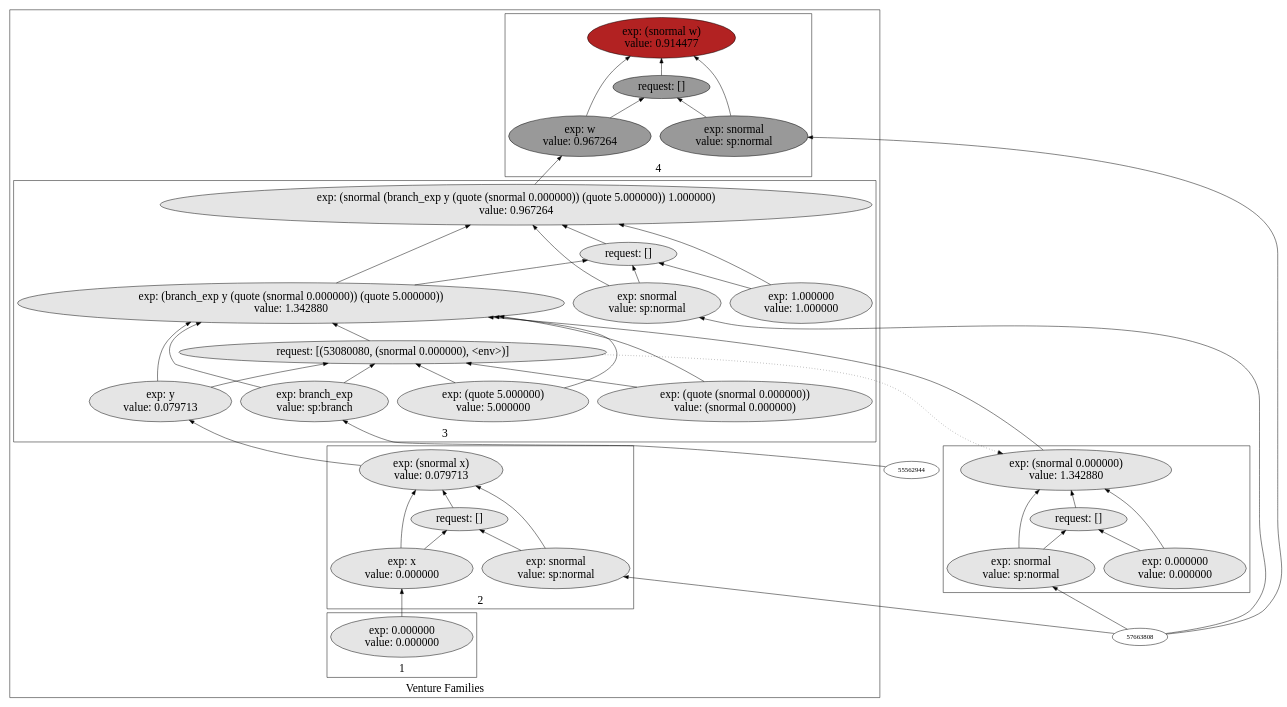
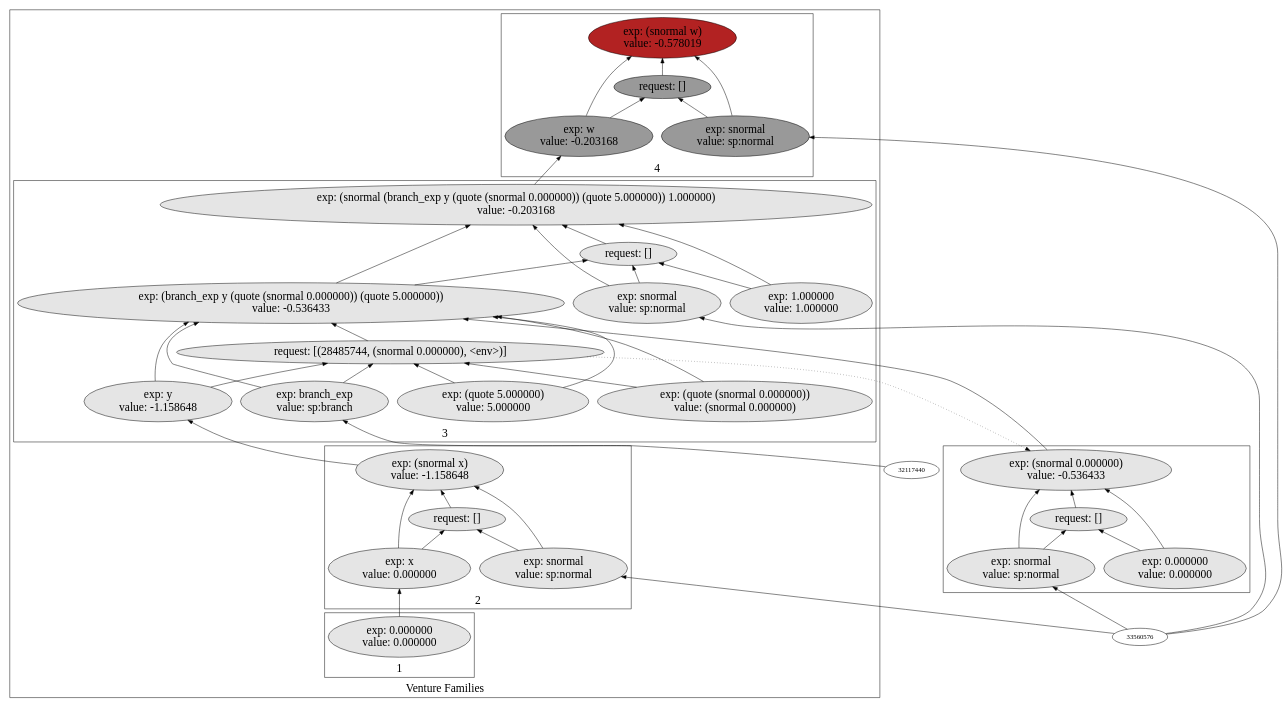
Before and after one commit to probcomp/Venturecxx: the diagram in backend/cxx/pdf_graphs/partition/dot9.dot, drawn with Graphviz. The commit also changed 303 other files, not shown here.

Commit message:
Added a script to generate schematics

```diff
--- a/backend/cxx/pdf_graphs/partition/dot9.dot
+++ b/backend/cxx/pdf_graphs/partition/dot9.dot
@@ -5,89 +5,89 @@
 label="Venture Families"
 subgraph cluster2 {
 label="1"
-"49603280"["fillcolor"="grey90" "fontsize"="24" "label"="exp: 0.000000\nvalue: 0.000000" "shape"="ellipse" "style"="filled" ]
+"29359040"["fillcolor"="grey90" "fontsize"="24" "label"="exp: 0.000000\nvalue: 0.000000" "shape"="ellipse" "style"="filled" ]
 }
 
 subgraph cluster3 {
 label="2"
-"49578432"["fillcolor"="grey90" "fontsize"="24" "label"="exp: (snormal x)\nvalue: 0.079713" "shape"="ellipse" "style"="filled" ]
-"49548896"["fillcolor"="grey90" "fontsize"="24" "label"="request: []" "shape"="ellipse" "style"="filled" ]
-"57660304"["fillcolor"="grey90" "fontsize"="24" "label"="exp: snormal\nvalue: sp:normal" "shape"="ellipse" "style"="filled" ]
-"52681840"["fillcolor"="grey90" "fontsize"="24" "label"="exp: x\nvalue: 0.000000" "shape"="ellipse" "style"="filled" ]
+"30136448"["fillcolor"="grey90" "fontsize"="24" "label"="exp: (snormal x)\nvalue: -1.158648" "shape"="ellipse" "style"="filled" ]
+"30137280"["fillcolor"="grey90" "fontsize"="24" "label"="request: []" "shape"="ellipse" "style"="filled" ]
+"31805840"["fillcolor"="grey90" "fontsize"="24" "label"="exp: snormal\nvalue: sp:normal" "shape"="ellipse" "style"="filled" ]
+"25977504"["fillcolor"="grey90" "fontsize"="24" "label"="exp: x\nvalue: 0.000000" "shape"="ellipse" "style"="filled" ]
 }
 
 subgraph cluster4 {
 label="3"
-"52397680"["fillcolor"="grey90" "fontsize"="24" "label"="exp: (snormal (branch_exp y (quote (snormal 0.000000)) (quote 5.000000)) 1.000000)\nvalue: 0.967264" "shape"="ellipse" "style"="filled" ]
-"50247536"["fillcolor"="grey90" "fontsize"="24" "label"="request: []" "shape"="ellipse" "style"="filled" ]
-"53333456"["fillcolor"="grey90" "fontsize"="24" "label"="exp: snormal\nvalue: sp:normal" "shape"="ellipse" "style"="filled" ]
-"53215552"["fillcolor"="grey90" "fontsize"="24" "label"="exp: (branch_exp y (quote (snormal 0.000000)) (quote 5.000000))\nvalue: 1.342880" "shape"="ellipse" "style"="filled" ]
-"53080080"["fillcolor"="grey90" "fontsize"="24" "label"="request: [(53080080, (snormal 0.000000), <env>)]" "shape"="ellipse" "style"="filled" ]
-"57253040"["fillcolor"="grey90" "fontsize"="24" "label"="exp: branch_exp\nvalue: sp:branch" "shape"="ellipse" "style"="filled" ]
-"48783584"["fillcolor"="grey90" "fontsize"="24" "label"="exp: y\nvalue: 0.079713" "shape"="ellipse" "style"="filled" ]
-"50481568"["fillcolor"="grey90" "fontsize"="24" "label"="exp: (quote (snormal 0.000000))\nvalue: (snormal 0.000000)" "shape"="ellipse" "style"="filled" ]
-"53080768"["fillcolor"="grey90" "fontsize"="24" "label"="exp: (quote 5.000000)\nvalue: 5.000000" "shape"="ellipse" "style"="filled" ]
-"55107072"["fillcolor"="grey90" "fontsize"="24" "label"="exp: 1.000000\nvalue: 1.000000" "shape"="ellipse" "style"="filled" ]
+"26620336"["fillcolor"="grey90" "fontsize"="24" "label"="exp: (snormal (branch_exp y (quote (snormal 0.000000)) (quote 5.000000)) 1.000000)\nvalue: -0.203168" "shape"="ellipse" "style"="filled" ]
+"29399760"["fillcolor"="grey90" "fontsize"="24" "label"="request: []" "shape"="ellipse" "style"="filled" ]
+"26830576"["fillcolor"="grey90" "fontsize"="24" "label"="exp: snormal\nvalue: sp:normal" "shape"="ellipse" "style"="filled" ]
+"26358576"["fillcolor"="grey90" "fontsize"="24" "label"="exp: (branch_exp y (quote (snormal 0.000000)) (quote 5.000000))\nvalue: -0.536433" "shape"="ellipse" "style"="filled" ]
+"28485744"["fillcolor"="grey90" "fontsize"="24" "label"="request: [(28485744, (snormal 0.000000), <env>)]" "shape"="ellipse" "style"="filled" ]
+"27825008"["fillcolor"="grey90" "fontsize"="24" "label"="exp: branch_exp\nvalue: sp:branch" "shape"="ellipse" "style"="filled" ]
+"26078976"["fillcolor"="grey90" "fontsize"="24" "label"="exp: y\nvalue: -1.158648" "shape"="ellipse" "style"="filled" ]
+"25906208"["fillcolor"="grey90" "fontsize"="24" "label"="exp: (quote (snormal 0.000000))\nvalue: (snormal 0.000000)" "shape"="ellipse" "style"="filled" ]
+"32104320"["fillcolor"="grey90" "fontsize"="24" "label"="exp: (quote 5.000000)\nvalue: 5.000000" "shape"="ellipse" "style"="filled" ]
+"31197024"["fillcolor"="grey90" "fontsize"="24" "label"="exp: 1.000000\nvalue: 1.000000" "shape"="ellipse" "style"="filled" ]
 }
 
 subgraph cluster5 {
 label="4"
-"53296304"["fillcolor"="firebrick" "fontsize"="24" "label"="exp: (snormal w)\nvalue: 0.914477" "shape"="ellipse" "style"="filled" ]
-"58648144"["fillcolor"="grey60" "fontsize"="24" "label"="request: []" "shape"="ellipse" "style"="filled" ]
-"52404240"["fillcolor"="grey60" "fontsize"="24" "label"="exp: snormal\nvalue: sp:normal" "shape"="ellipse" "style"="filled" ]
-"49620848"["fillcolor"="grey60" "fontsize"="24" "label"="exp: w\nvalue: 0.967264" "shape"="ellipse" "style"="filled" ]
+"28401456"["fillcolor"="firebrick" "fontsize"="24" "label"="exp: (snormal w)\nvalue: -0.578019" "shape"="ellipse" "style"="filled" ]
+"32595744"["fillcolor"="grey60" "fontsize"="24" "label"="request: []" "shape"="ellipse" "style"="filled" ]
+"24384944"["fillcolor"="grey60" "fontsize"="24" "label"="exp: snormal\nvalue: sp:normal" "shape"="ellipse" "style"="filled" ]
+"23848704"["fillcolor"="grey60" "fontsize"="24" "label"="exp: w\nvalue: -0.203168" "shape"="ellipse" "style"="filled" ]
 }
 
 }
 
 subgraph cluster6 {
 label=""
-"54608032"["fillcolor"="grey90" "fontsize"="24" "label"="exp: (snormal 0.000000)\nvalue: 1.342880" "shape"="ellipse" "style"="filled" ]
-"55036928"["fillcolor"="grey90" "fontsize"="24" "label"="request: []" "shape"="ellipse" "style"="filled" ]
-"53085776"["fillcolor"="grey90" "fontsize"="24" "label"="exp: snormal\nvalue: sp:normal" "shape"="ellipse" "style"="filled" ]
-"58183536"["fillcolor"="grey90" "fontsize"="24" "label"="exp: 0.000000\nvalue: 0.000000" "shape"="ellipse" "style"="filled" ]
+"26820352"["fillcolor"="grey90" "fontsize"="24" "label"="exp: (snormal 0.000000)\nvalue: -0.536433" "shape"="ellipse" "style"="filled" ]
+"26343136"["fillcolor"="grey90" "fontsize"="24" "label"="request: []" "shape"="ellipse" "style"="filled" ]
+"31366272"["fillcolor"="grey90" "fontsize"="24" "label"="exp: snormal\nvalue: sp:normal" "shape"="ellipse" "style"="filled" ]
+"26832768"["fillcolor"="grey90" "fontsize"="24" "label"="exp: 0.000000\nvalue: 0.000000" "shape"="ellipse" "style"="filled" ]
 }
 
-"57660304" -> "49578432"["arrowhead"="normal" "color"="black" "constraint"="true" "style"="solid" ]
-"57660304" -> "49548896"["arrowhead"="normal" "color"="black" "constraint"="true" "style"="solid" ]
-"57663808" -> "57660304"["arrowhead"="normal" "color"="black" "constraint"="true" "style"="solid" ]
-"52681840" -> "49578432"["arrowhead"="normal" "color"="black" "constraint"="true" "style"="solid" ]
-"52681840" -> "49548896"["arrowhead"="normal" "color"="black" "constraint"="true" "style"="solid" ]
-"49603280" -> "52681840"["arrowhead"="normal" "color"="black" "constraint"="true" "style"="solid" ]
-"49548896" -> "49578432"["arrowhead"="normal" "color"="black" "constraint"="true" "style"="solid" ]
-"53333456" -> "52397680"["arrowhead"="normal" "color"="black" "constraint"="true" "style"="solid" ]
-"53333456" -> "50247536"["arrowhead"="normal" "color"="black" "constraint"="true" "style"="solid" ]
-"57663808" -> "53333456"["arrowhead"="normal" "color"="black" "constraint"="true" "style"="solid" ]
-"53215552" -> "52397680"["arrowhead"="normal" "color"="black" "constraint"="true" "style"="solid" ]
-"53215552" -> "50247536"["arrowhead"="normal" "color"="black" "constraint"="true" "style"="solid" ]
-"57253040" -> "53215552"["arrowhead"="normal" "color"="black" "constraint"="true" "style"="solid" ]
-"57253040" -> "53080080"["arrowhead"="normal" "color"="black" "constraint"="true" "style"="solid" ]
-"55562944" -> "57253040"["arrowhead"="normal" "color"="black" "constraint"="true" "style"="solid" ]
-"48783584" -> "53215552"["arrowhead"="normal" "color"="black" "constraint"="true" "style"="solid" ]
-"48783584" -> "53080080"["arrowhead"="normal" "color"="black" "constraint"="true" "style"="solid" ]
-"49578432" -> "48783584"["arrowhead"="normal" "color"="black" "constraint"="true" "style"="solid" ]
-"50481568" -> "53215552"["arrowhead"="normal" "color"="black" "constraint"="true" "style"="solid" ]
-"50481568" -> "53080080"["arrowhead"="normal" "color"="black" "constraint"="true" "style"="solid" ]
-"53080768" -> "53215552"["arrowhead"="normal" "color"="black" "constraint"="true" "style"="solid" ]
-"53080768" -> "53080080"["arrowhead"="normal" "color"="black" "constraint"="true" "style"="solid" ]
-"53080080" -> "53215552"["arrowhead"="normal" "color"="black" "constraint"="true" "style"="solid" ]
-"54608032" -> "53215552"["arrowhead"="normal" "color"="black" "constraint"="true" "style"="solid" ]
-"53080080" -> "54608032"["arrowhead"="normal" "color"="black" "constraint"="false" "style"="dotted" ]
-"55107072" -> "52397680"["arrowhead"="normal" "color"="black" "constraint"="true" "style"="solid" ]
-"55107072" -> "50247536"["arrowhead"="normal" "color"="black" "constraint"="true" "style"="solid" ]
-"50247536" -> "52397680"["arrowhead"="normal" "color"="black" "constraint"="true" "style"="solid" ]
-"52404240" -> "53296304"["arrowhead"="normal" "color"="black" "constraint"="true" "style"="solid" ]
-"52404240" -> "58648144"["arrowhead"="normal" "color"="black" "constraint"="true" "style"="solid" ]
-"57663808" -> "52404240"["arrowhead"="normal" "color"="black" "constraint"="true" "style"="solid" ]
-"49620848" -> "53296304"["arrowhead"="normal" "color"="black" "constraint"="true" "style"="solid" ]
-"49620848" -> "58648144"["arrowhead"="normal" "color"="black" "constraint"="true" "style"="solid" ]
-"52397680" -> "49620848"["arrowhead"="normal" "color"="black" "constraint"="true" "style"="solid" ]
-"58648144" -> "53296304"["arrowhead"="normal" "color"="black" "constraint"="true" "style"="solid" ]
-"53085776" -> "54608032"["arrowhead"="normal" "color"="black" "constraint"="true" "style"="solid" ]
-"53085776" -> "55036928"["arrowhead"="normal" "color"="black" "constraint"="true" "style"="solid" ]
-"57663808" -> "53085776"["arrowhead"="normal" "color"="black" "constraint"="true" "style"="solid" ]
-"58183536" -> "54608032"["arrowhead"="normal" "color"="black" "constraint"="true" "style"="solid" ]
-"58183536" -> "55036928"["arrowhead"="normal" "color"="black" "constraint"="true" "style"="solid" ]
-"55036928" -> "54608032"["arrowhead"="normal" "color"="black" "constraint"="true" "style"="solid" ]
+"26830576" -> "26620336"["arrowhead"="normal" "color"="black" "constraint"="true" "style"="solid" ]
+"26830576" -> "29399760"["arrowhead"="normal" "color"="black" "constraint"="true" "style"="solid" ]
+"33560576" -> "26830576"["arrowhead"="normal" "color"="black" "constraint"="true" "style"="solid" ]
+"26358576" -> "26620336"["arrowhead"="normal" "color"="black" "constraint"="true" "style"="solid" ]
+"26358576" -> "29399760"["arrowhead"="normal" "color"="black" "constraint"="true" "style"="solid" ]
+"27825008" -> "26358576"["arrowhead"="normal" "color"="black" "constraint"="true" "style"="solid" ]
+"27825008" -> "28485744"["arrowhead"="normal" "color"="black" "constraint"="true" "style"="solid" ]
+"32117440" -> "27825008"["arrowhead"="normal" "color"="black" "constraint"="true" "style"="solid" ]
+"26078976" -> "26358576"["arrowhead"="normal" "color"="black" "constraint"="true" "style"="solid" ]
+"26078976" -> "28485744"["arrowhead"="normal" "color"="black" "constraint"="true" "style"="solid" ]
+"30136448" -> "26078976"["arrowhead"="normal" "color"="black" "constraint"="true" "style"="solid" ]
+"25906208" -> "26358576"["arrowhead"="normal" "color"="black" "constraint"="true" "style"="solid" ]
+"25906208" -> "28485744"["arrowhead"="normal" "color"="black" "constraint"="true" "style"="solid" ]
+"32104320" -> "26358576"["arrowhead"="normal" "color"="black" "constraint"="true" "style"="solid" ]
+"32104320" -> "28485744"["arrowhead"="normal" "color"="black" "constraint"="true" "style"="solid" ]
+"28485744" -> "26358576"["arrowhead"="normal" "color"="black" "constraint"="true" "style"="solid" ]
+"26820352" -> "26358576"["arrowhead"="normal" "color"="black" "constraint"="true" "style"="solid" ]
+"28485744" -> "26820352"["arrowhead"="normal" "color"="black" "constraint"="false" "style"="dotted" ]
+"31197024" -> "26620336"["arrowhead"="normal" "color"="black" "constraint"="true" "style"="solid" ]
+"31197024" -> "29399760"["arrowhead"="normal" "color"="black" "constraint"="true" "style"="solid" ]
+"29399760" -> "26620336"["arrowhead"="normal" "color"="black" "constraint"="true" "style"="solid" ]
+"31366272" -> "26820352"["arrowhead"="normal" "color"="black" "constraint"="true" "style"="solid" ]
+"31366272" -> "26343136"["arrowhead"="normal" "color"="black" "constraint"="true" "style"="solid" ]
+"33560576" -> "31366272"["arrowhead"="normal" "color"="black" "constraint"="true" "style"="solid" ]
+"26832768" -> "26820352"["arrowhead"="normal" "color"="black" "constraint"="true" "style"="solid" ]
+"26832768" -> "26343136"["arrowhead"="normal" "color"="black" "constraint"="true" "style"="solid" ]
+"26343136" -> "26820352"["arrowhead"="normal" "color"="black" "constraint"="true" "style"="solid" ]
+"24384944" -> "28401456"["arrowhead"="normal" "color"="black" "constraint"="true" "style"="solid" ]
+"24384944" -> "32595744"["arrowhead"="normal" "color"="black" "constraint"="true" "style"="solid" ]
+"33560576" -> "24384944"["arrowhead"="normal" "color"="black" "constraint"="true" "style"="solid" ]
+"23848704" -> "28401456"["arrowhead"="normal" "color"="black" "constraint"="true" "style"="solid" ]
+"23848704" -> "32595744"["arrowhead"="normal" "color"="black" "constraint"="true" "style"="solid" ]
+"26620336" -> "23848704"["arrowhead"="normal" "color"="black" "constraint"="true" "style"="solid" ]
+"32595744" -> "28401456"["arrowhead"="normal" "color"="black" "constraint"="true" "style"="solid" ]
+"31805840" -> "30136448"["arrowhead"="normal" "color"="black" "constraint"="true" "style"="solid" ]
+"31805840" -> "30137280"["arrowhead"="normal" "color"="black" "constraint"="true" "style"="solid" ]
+"33560576" -> "31805840"["arrowhead"="normal" "color"="black" "constraint"="true" "style"="solid" ]
+"25977504" -> "30136448"["arrowhead"="normal" "color"="black" "constraint"="true" "style"="solid" ]
+"25977504" -> "30137280"["arrowhead"="normal" "color"="black" "constraint"="true" "style"="solid" ]
+"29359040" -> "25977504"["arrowhead"="normal" "color"="black" "constraint"="true" "style"="solid" ]
+"30137280" -> "30136448"["arrowhead"="normal" "color"="black" "constraint"="true" "style"="solid" ]
 
 }
```
